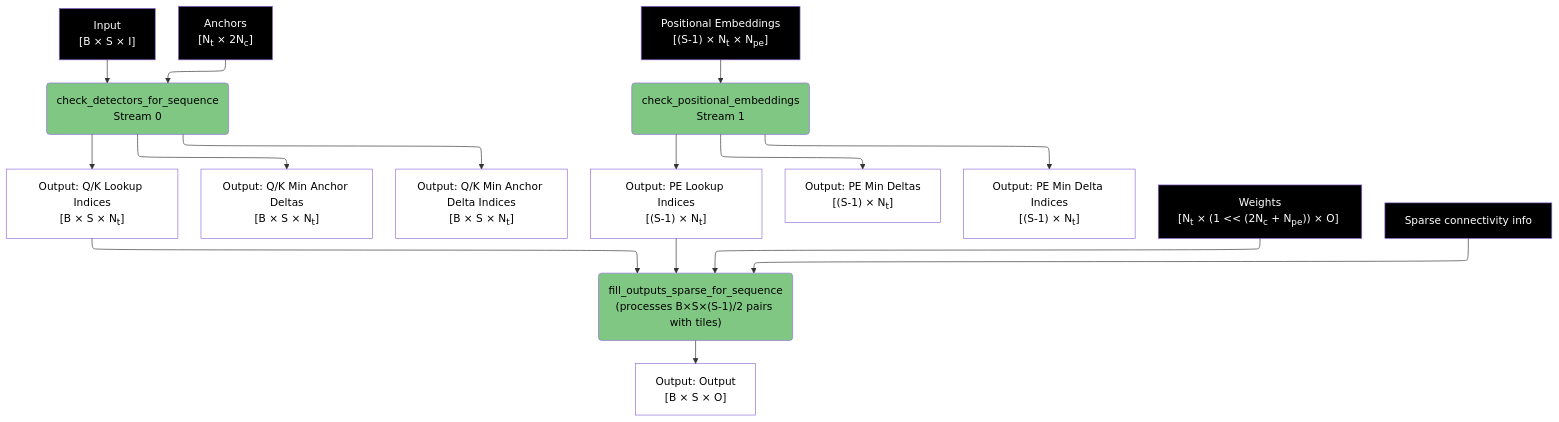
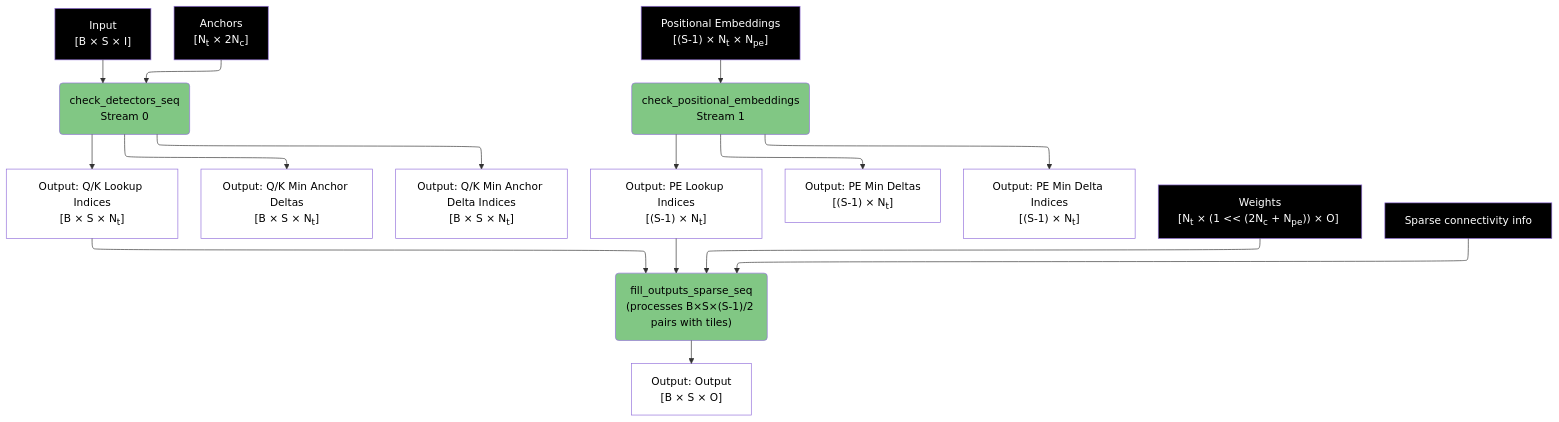
The sixth of 8 diagrams in spiky_cuda/lut/doc/LUT_RUNTIME_DATA_FLOW.md (anatoli-starostin/spiky), drawn with Mermaid before and after one commit. The commit also changed other lines of this file and 5 other files, not shown here.

````diff
--- a/spiky_cuda/lut/doc/LUT_RUNTIME_DATA_FLOW.md
+++ b/spiky_cuda/lut/doc/LUT_RUNTIME_DATA_FLOW.md
@@ -214,39 +214,39 @@
 ```mermaid
 %%{init: { "flowchart": { "defaultRenderer": "elk" } }}%%
 flowchart TD
-    A["Input<br/>[B × S × I]"] --> B("check_detectors_for_sequence<br/>Stream 0")
+    A["Input<br/>[B × S × I]"] --> B("check_detectors_seq<br/>Stream 0")
     D5["Anchors<br/>[N<sub>t</sub> × 2N<sub>c</sub>]"] --> B
     C["Positional Embeddings<br/>[(S-1) × N<sub>t</sub> × N<sub>pe</sub>]"] --> D("check_positional_embeddings<br/>Stream 1")
     
     B --> E["Output: Q/K Lookup Indices<br/>[B × S × N<sub>t</sub>]"]
     B --> F["Output: Q/K Min Anchor Deltas<br/>[B × S × N<sub>t</sub>]"]
     B --> G["Output: Q/K Min Anchor Delta Indices<br/>[B&nbsp;×&nbsp;S&nbsp;×&nbsp;N<sub>t</sub>]"]
     
     D --> H["Output: PE Lookup Indices<br/>[(S-1) × N<sub>t</sub>]"]
     D --> I["Output: PE Min Deltas<br/>[(S-1) × N<sub>t</sub>]"]
     D --> J["Output: PE Min Delta Indices<br/>[(S-1) × N<sub>t</sub>]"]
     
-    E --> K("fill_outputs_sparse_for_sequence<br/>(processes B×S×(S-1)/2 pairs with tiles)")
+    E --> K("fill_outputs_sparse_seq<br/>(processes B×S×(S-1)/2 pairs with tiles)")
     H --> K
     
     W5["Weights<br/>[N<sub>t</sub>&nbsp;×&nbsp;(1&nbsp;<<&nbsp;(2N<sub>c</sub>&nbsp;+&nbsp;N<sub>pe</sub>))&nbsp;×&nbsp;O]&nbsp;"] --> K
     SC3["Sparse connectivity info"] --> K
     
     K --> Q["Output: Output<br/>[B × S × O]"]
     
     style B fill:#81c784,color:#000000
     style D fill:#81c784,color:#000000
     style K fill:#81c784,color:#000000
     style A fill:#000000,color:#ffffff
     style C fill:#000000,color:#ffffff
     style D5 fill:#000000,color:#ffffff
     style SC3 fill:#000000,color:#ffffff
     style W5 fill:#000000,color:#ffffff
     style E fill:#ffffff,color:#000000
     style F fill:#ffffff,color:#000000
     style G fill:#ffffff,color:#000000
     style H fill:#ffffff,color:#000000
     style I fill:#ffffff,color:#000000
     style J fill:#ffffff,color:#000000
     style Q fill:#ffffff,color:#000000
 ```
````
